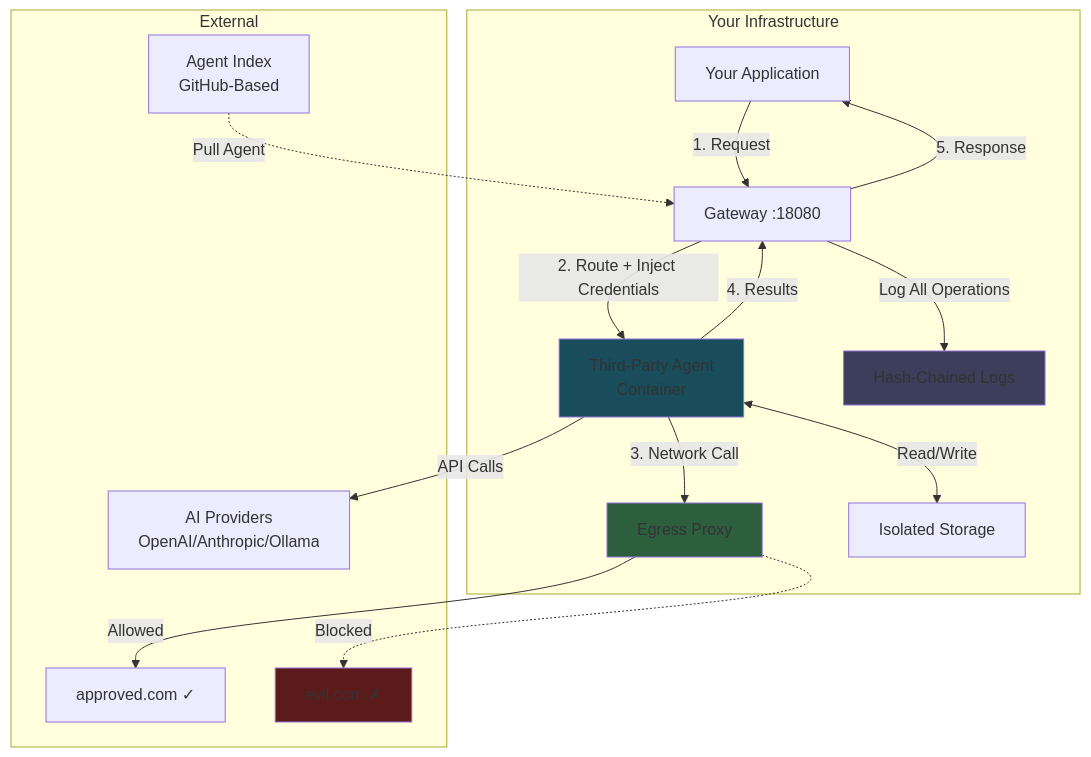
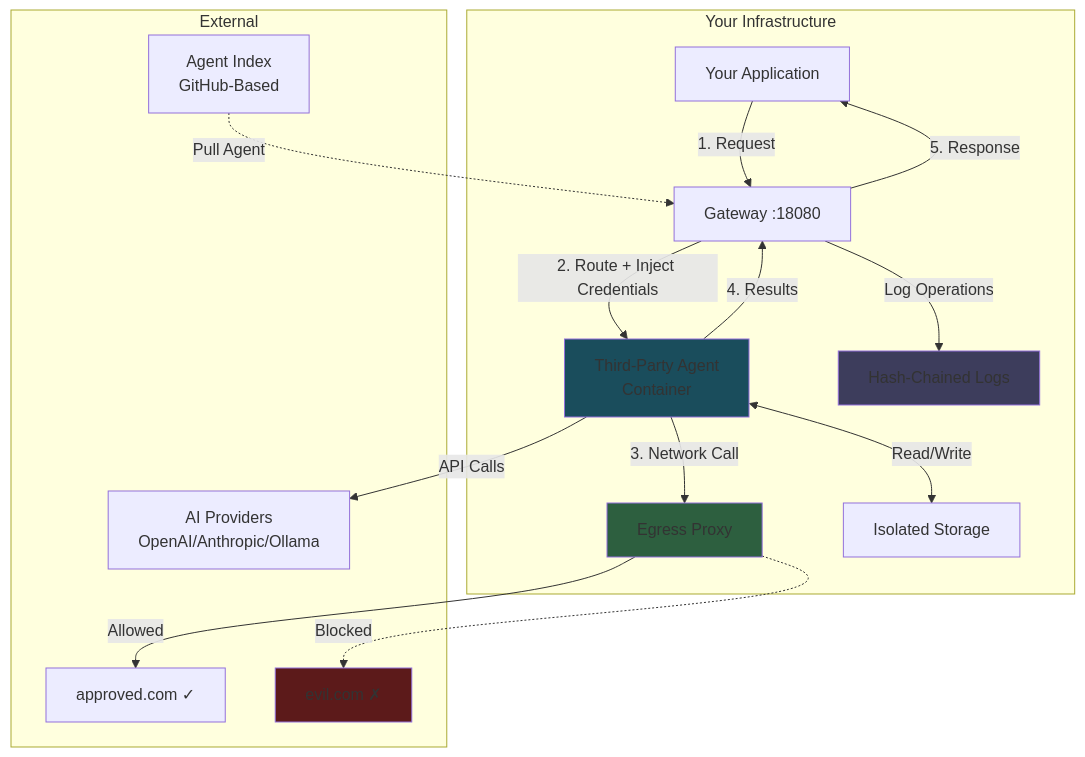
One commit to agentsystems/agentsystems changed the diagram in README.md. Above: the diagram before and after it, drawn with Mermaid.

Commit message:
docs: simplify audit logging description in architecture diagram (#43)

````diff
--- a/README.md
+++ b/README.md
@@ -75,35 +75,35 @@
 ```mermaid
 graph TB
     subgraph "Your Infrastructure"
         App[Your Application]
         GW[Gateway :18080]
         Agent[Third-Party Agent<br/>Container]
         Proxy[Egress Proxy]
         Storage[Isolated Storage]
         Audit[Hash-Chained Logs]
     end
 
     subgraph "External"
         Index[Agent Index<br/>GitHub-Based]
         Allow[approved.com ✓]
         Block[evil.com ✗]
         AI[AI Providers<br/>OpenAI/Anthropic/Ollama]
     end
 
     Index -.->|Pull Agent| GW
     App -->|1. Request| GW
     GW -->|2. Route + Inject Credentials| Agent
     Agent -->|3. Network Call| Proxy
     Proxy -->|Allowed| Allow
     Proxy -.->|Blocked| Block
     Agent -->|API Calls| AI
     Agent <-->|Read/Write| Storage
     Agent -->|4. Results| GW
     GW -->|5. Response| App
-    GW -->|Log All Operations| Audit
+    GW -->|Log Operations| Audit
 
     style Agent fill:#1a4d5c
     style Proxy fill:#2d5f3f
     style Block fill:#5c1a1a
     style Audit fill:#3d3d5c
 ```
````
